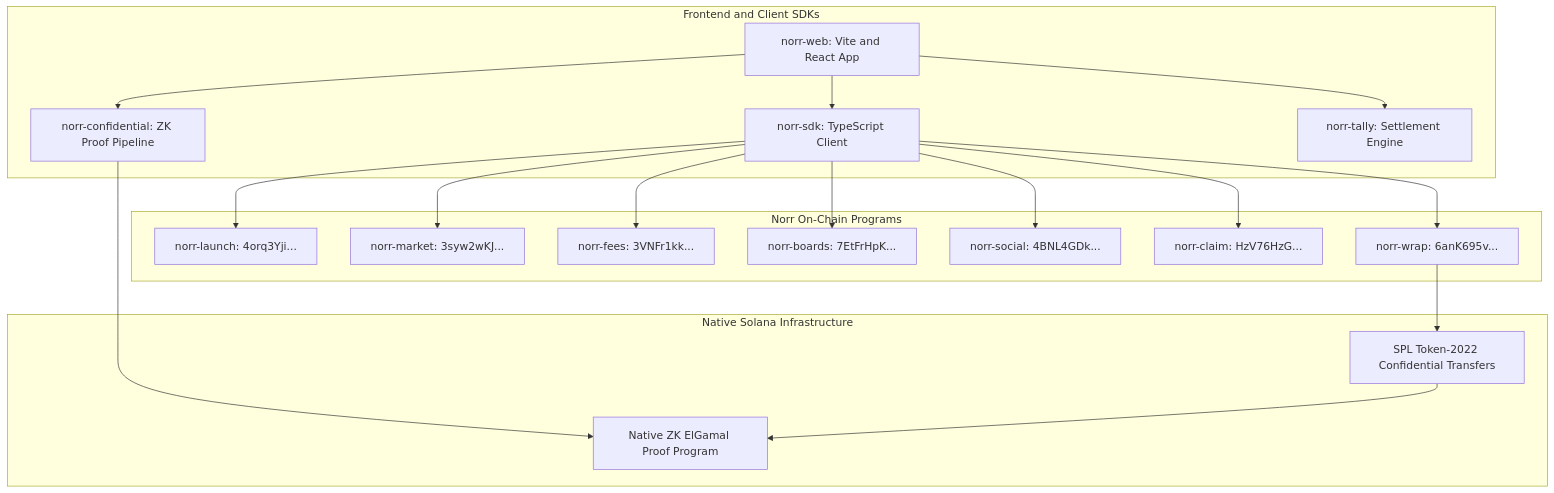
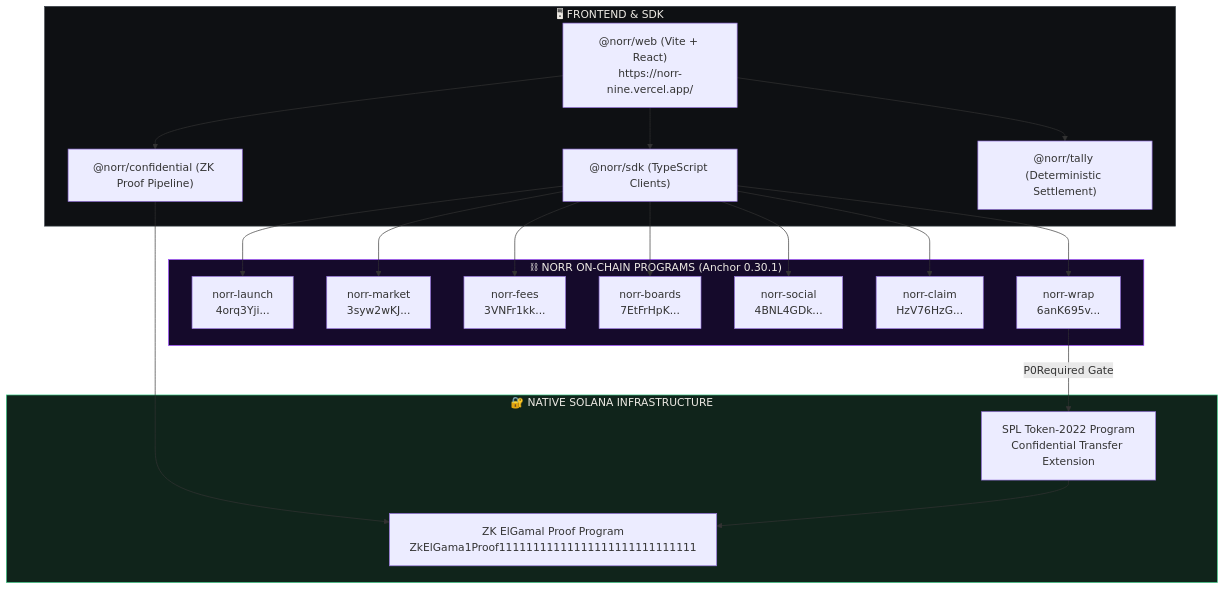
One commit to ShrikarT/norr changed the second of 2 diagrams in README.md. Above: the diagram before and after it, drawn with Mermaid. The commit also changed other lines of this file and 1 other file, not shown here.

Commit message:
docs: restore original Mermaid diagrams while preserving Norr V2 future roadmap

````diff
--- a/README.md
+++ b/README.md
@@ -65,40 +71,34 @@
 ```mermaid
-graph TB
-    subgraph Client [Frontend and Client SDKs]
-        WEB[norr-web: Vite and React App]
-        SDK[norr-sdk: TypeScript Client]
-        CONF[norr-confidential: ZK Proof Pipeline]
-        TALLY[norr-tally: Settlement Engine]
+flowchart TB
+    subgraph CLIENT["🖥 FRONTEND & SDK"]
+        WEB["@norr/web (Vite + React)<br/>https://norr-nine.vercel.app/"]
+        SDK["@norr/sdk (TypeScript Clients)"]
+        CONF["@norr/confidential (ZK Proof Pipeline)"]
+        TALLY["@norr/tally (Deterministic Settlement)"]
     end
 
-    subgraph OnChain [Norr On-Chain Programs]
-        LAUNCH[norr-launch: 4orq3Yji...]
-        MARKET[norr-market: 3syw2wKJ...]
-        FEES[norr-fees: 3VNFr1kk...]
-        BOARDS[norr-boards: 7EtFrHpK...]
-        SOCIAL[norr-social: 4BNL4GDk...]
-        CLAIM[norr-claim: HzV76HzG...]
-        WRAP[norr-wrap: 6anK695v...]
+    subgraph ONCHAIN["⛓ NORR ON-CHAIN PROGRAMS (Anchor 0.30.1)"]
+        LAUNCH["norr-launch<br/>4orq3Yji..."]
+        MARKET["norr-market<br/>3syw2wKJ..."]
+        FEES["norr-fees<br/>3VNFr1kk..."]
+        BOARDS["norr-boards<br/>7EtFrHpK..."]
+        SOCIAL["norr-social<br/>4BNL4GDk..."]
+        CLAIM["norr-claim<br/>HzV76HzG..."]
+        WRAP["norr-wrap<br/>6anK695v..."]
     end
 
-    subgraph Solana [Native Solana Infrastructure]
-        T22[SPL Token-2022 Confidential Transfers]
-        ZK[Native ZK ElGamal Proof Program]
+    subgraph SOLANA["🔐 NATIVE SOLANA INFRASTRUCTURE"]
+        T22["SPL Token-2022 Program<br/>Confidential Transfer Extension"]
+        ZK["ZK ElGamal Proof Program<br/>ZkElGama1Proof11111111111111111111111111111"]
     end
 
-    WEB --> SDK
-    WEB --> CONF
-    WEB --> TALLY
+    WEB --> SDK & CONF & TALLY
+    SDK --> LAUNCH & MARKET & FEES & BOARDS & SOCIAL & CLAIM & WRAP
+    CONF --> ZK
+    WRAP -->|"P0Required Gate"| T22
+    T22 --> ZK
 
-    SDK --> LAUNCH
-    SDK --> MARKET
-    SDK --> FEES
-    SDK --> BOARDS
-    SDK --> SOCIAL
-    SDK --> CLAIM
-    SDK --> WRAP
-
-    CONF --> ZK
-    WRAP --> T22
-    T22 --> ZK
+    style CLIENT fill:#0e1013,stroke:#3a4048,color:#ece9e3
+    style ONCHAIN fill:#150a2b,stroke:#9945ff,color:#ece9e3
+    style SOLANA fill:#10241b,stroke:#3fcf8a,color:#ece9e3
 ```
````
